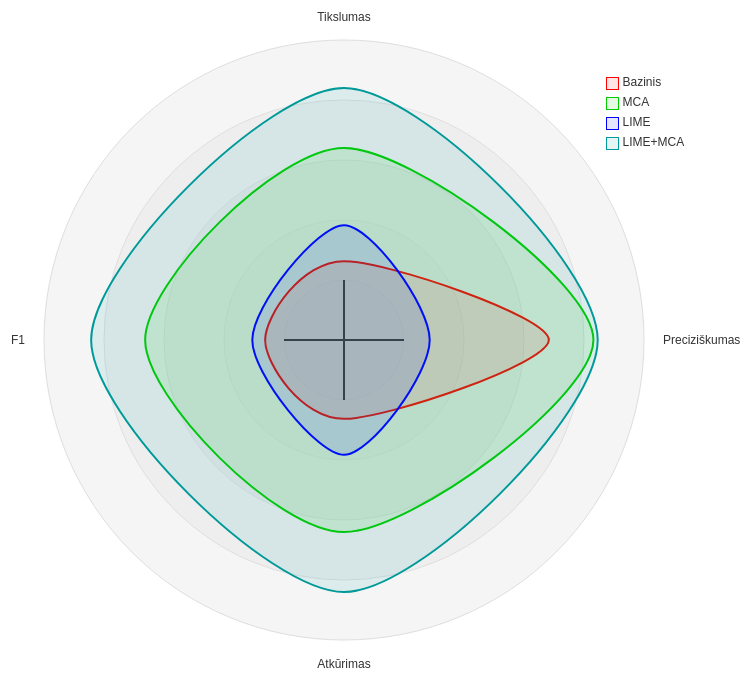
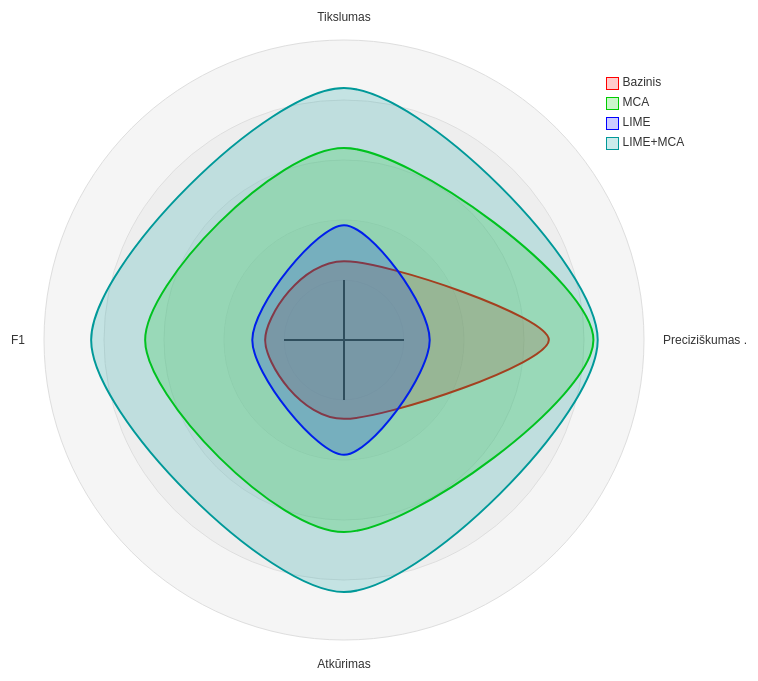
Before and after one commit to onlyidev/bachelor.thesis: the diagram in diagrams/radar.mmd, drawn with Mermaid. The commit also changed 2 other files, not shown here.

```diff
--- a/diagrams/radar.mmd
+++ b/diagrams/radar.mmd
@@ -1,25 +1,25 @@
 ---
 config:
   radar:
     curveTension: 0.15
     axisScaleFactor: 0.2
   themeVariables:
     cScale0: "#FF0000"
     cScale1: "#00CC00"
     cScale2: "#0000FF "
     cScale3: "#009999 "
     radar:
-      curveOpacity: 0.1
+      curveOpacity: 0.2
 id: c52ac12f-eb54-4a17-9739-6dcaabd8d4f7
 ---
 radar-beta
     axis a["Tikslumas"]
-    axis p["Preciziškumas"], r["Atkūrimas"], f["F1"]
+    axis p["Preciziškumas    ."], r["Atkūrimas"], f["F1"]
     curve e1["Bazinis"]{59.2, 73.9, 59.2, 59.2}
     curve e2["MCA"]{72.4, 79.1, 72.4, 73.2}
     curve e3["LIME"]{63.4, 60, 63.4, 60.7}
     curve e4["LIME+MCA"]{79.4, 79.6, 79.4, 79.5}
 
   max 85
   min 50
   %% graticule polygon
```
